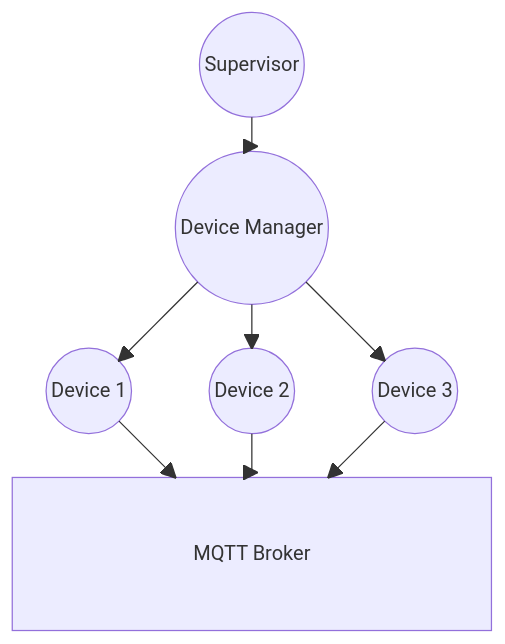
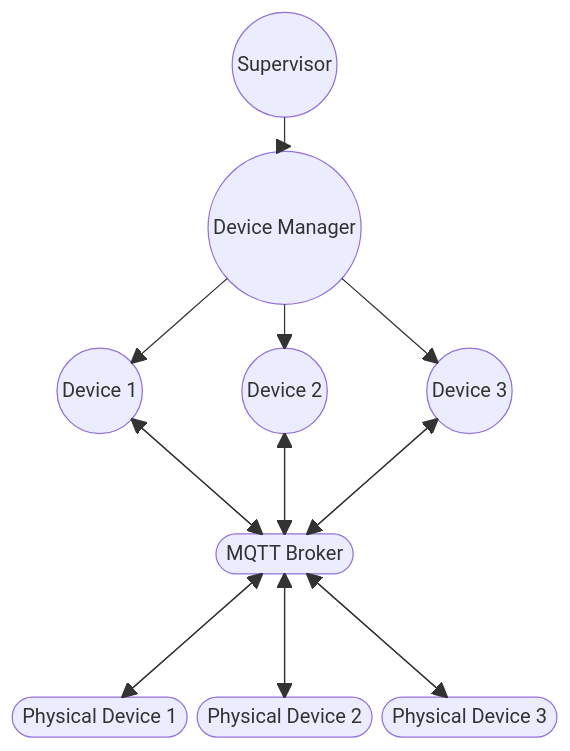
One commit to TheFullStackFarmer/Agrigate changed the first of 2 diagrams in docs/docs/design/architecture/iot.md. Above: the diagram before and after it, drawn with Mermaid. The commit also changed other lines of this file and 25 other files, not shown here.

````diff
--- a/docs/docs/design/architecture/iot.md
+++ b/docs/docs/design/architecture/iot.md
@@ -18,17 +18,27 @@
 ```mermaid
 block-beta
     columns 3
 
     space:1 supervisor(("Supervisor")) space:1
     space:1 manager(("Device Manager")) space:1
     device(("Device 1")) device2(("Device 2")) device3(("Device 3"))
-    broker["MQTT Broker"]:3
+    broker(["MQTT Broker"]):3
+    pdevice(["Physical Device 1"]) pdevice2(["Physical Device 2"]) pdevice3(["Physical Device 3"])
 
     supervisor --> manager
     manager --> device
     manager --> device2
     manager --> device3
     device --> broker
     device2 --> broker
     device3 --> broker
+    broker --> device
+    broker --> device2
+    broker --> device3
+    pdevice --> broker
+    pdevice2 --> broker
+    pdevice3 --> broker
+    broker --> pdevice
+    broker --> pdevice2
+    broker --> pdevice3
 ```
````
